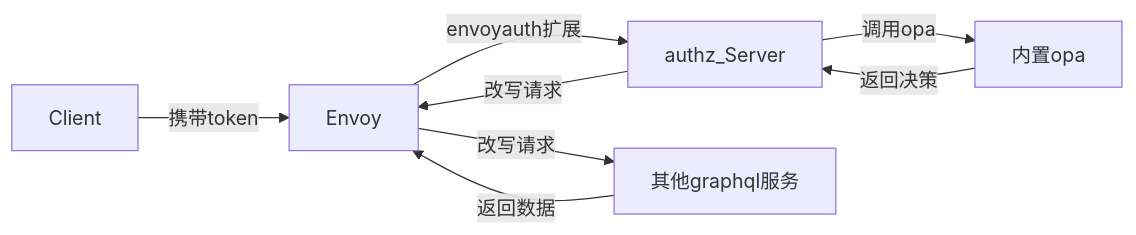
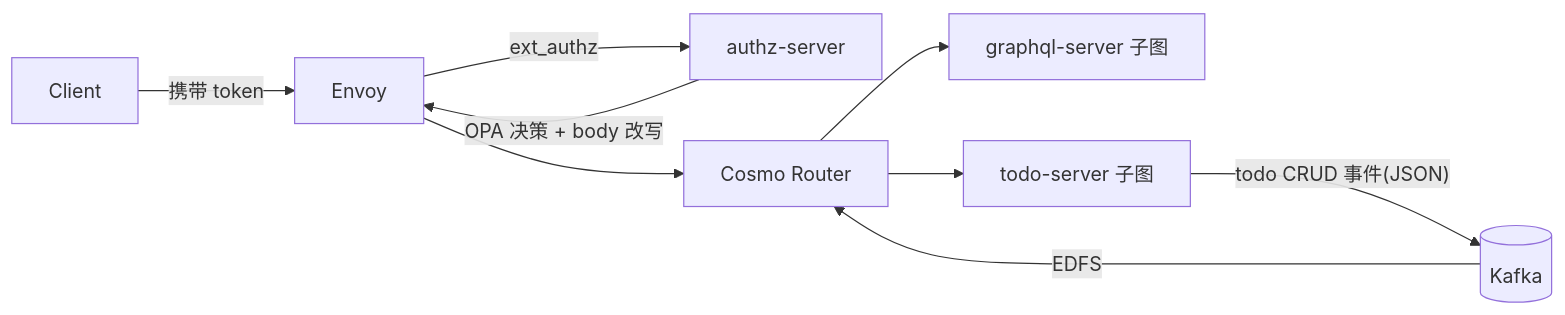
Before and after one commit to tangxusc/envoy-opa-graphql-rewriter-demo: the diagram in envoy-opa-graphql-demo/readme.md, drawn with Mermaid. The commit also changed other lines of this file and 26 other files, not shown here.

Commit message:
feat: add federated todo service and cosmo router setup

````diff
--- a/envoy-opa-graphql-demo/readme.md
+++ b/envoy-opa-graphql-demo/readme.md
@@ -5,10 +5,11 @@
 ```mermaid
 graph LR
-    A[Client] --携带token--> B[Envoy]
-    B --envoyauth扩展--> C[authz_Server]
-    C --调用opa--> OPA[内置opa]
-    OPA --返回决策--> C[authz_Server]
-    C --改写请求--> B
-    B --改写请求--> D[其他graphql服务]
-    D --返回数据--> B
+    A[Client] --携带 token--> B[Envoy]
+    B --ext_authz--> C[authz-server]
+    C --OPA 决策 + body 改写--> B
+    B --> R[Cosmo Router]
+    R --> G[graphql-server 子图]
+    R --> T[todo-server 子图]
+    T --todo CRUD 事件(JSON)--> K[(Kafka)]
+    K --EDFS--> R
 ```
````
